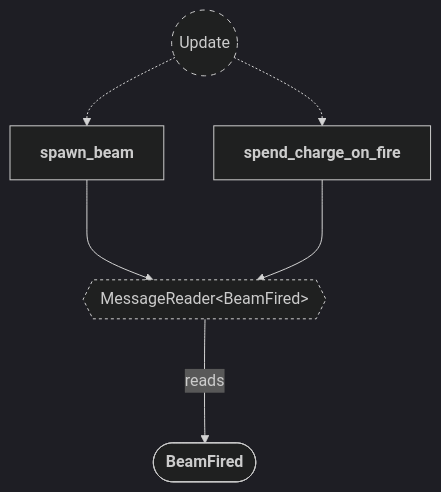
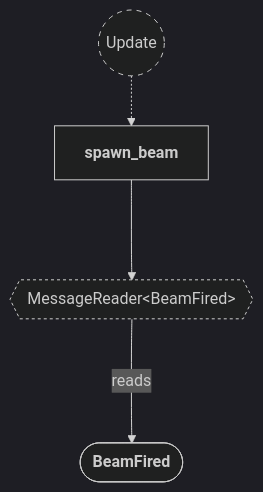
The first of 12 diagrams in backlog/docs/doc-7 - 006-Beam-plugin.md (neurosoup/tyled), drawn with Mermaid before and after one commit. The commit also changed other lines of this file and 5 other files, not shown here.

````diff
--- a/backlog/docs/doc-7 - 006-Beam-plugin.md
+++ b/backlog/docs/doc-7 - 006-Beam-plugin.md
@@ -90,25 +79,22 @@
 ```mermaid
 ---
 config:
   theme: dark
 ---
 
 flowchart TD
 classDef system-group stroke-dasharray: 5 5
 classDef reader stroke-dasharray: 3 3
 
 update(("`Update`")):::system-group
 spawn_beam["`**spawn_beam**`"]
-spend_charge_on_fire["`**spend_charge_on_fire**`"]
 
 update -.-> spawn_beam
-update -.-> spend_charge_on_fire
 
 message_reader{{"MessageReader#60;BeamFired#62;"}}:::reader
 spawn_beam ---> message_reader
-spend_charge_on_fire ---> message_reader
 
 beam_fired_message(["`**BeamFired**`"])
 
 message_reader ---> |reads| beam_fired_message
 ```
````
